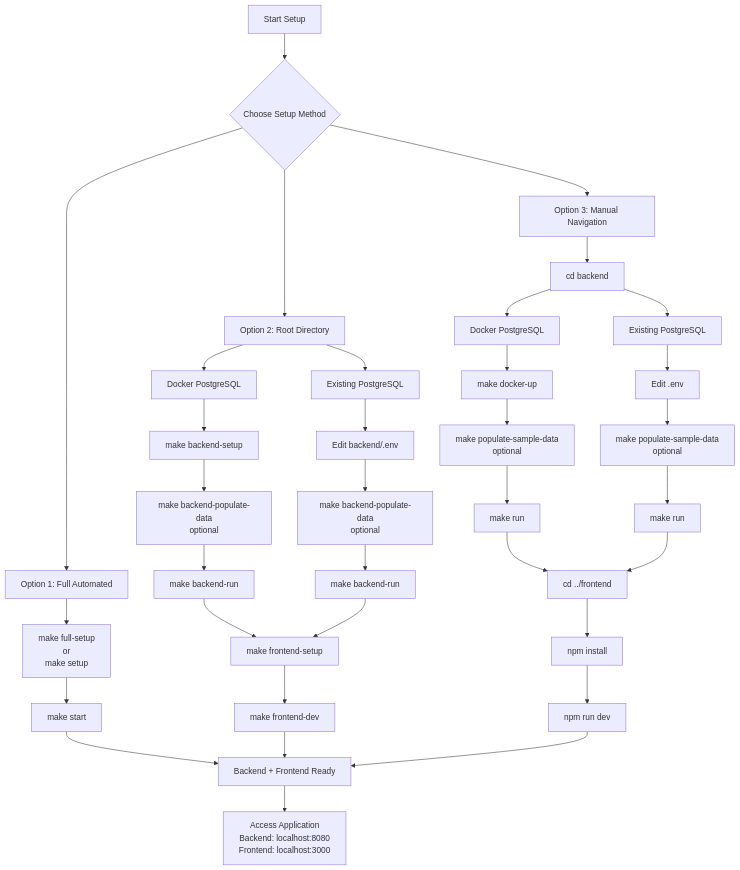
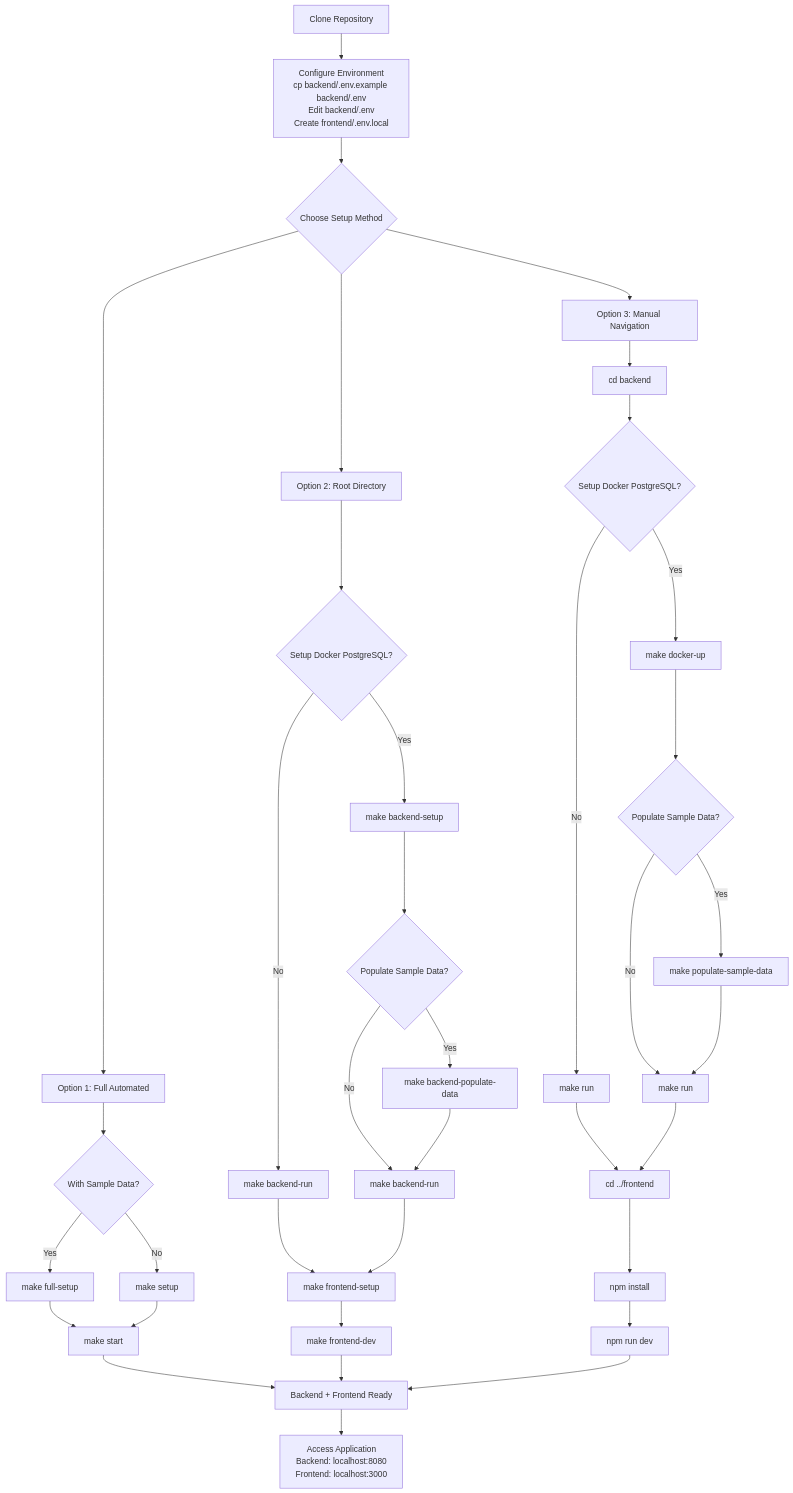
The diagram in README.md (DakshithaS/apim-policy-hub), drawn with Mermaid before and after one commit. The commit also changed other lines of this file, not shown here.

Commit message:
Update README with environment configuration details
Added environment configuration instructions for backend and frontend setup.

````diff
--- a/README.md
+++ b/README.md
@@ -75,48 +91,46 @@
 ```mermaid
 flowchart TD
-    A[Start Setup] --> B{Choose Setup Method}
+    A[Clone Repository] --> B[Configure Environment<br/>cp backend/.env.example backend/.env<br/>Edit backend/.env<br/>Create frontend/.env.local]
+    B --> C{Choose Setup Method}
     
-    B --> C[Option 1: Full Automated]
-    B --> D[Option 2: Root Directory]
-    B --> E[Option 3: Manual Navigation]
+    C --> D[Option 1: Full Automated]
+    C --> E[Option 2: Root Directory]
+    C --> F[Option 3: Manual Navigation]
     
-    C --> F[make full-setup<br/>or<br/>make setup]
-    F --> G[make start]
-    G --> H[Backend + Frontend Ready]
+    D --> G{With Sample Data?}
+    G -->|Yes| H[make full-setup]
+    G -->|No| I[make setup]
+    H --> J[make start]
+    I --> J
+    J --> K[Backend + Frontend Ready]
     
-    D --> I[Docker PostgreSQL]
-    D --> J[Existing PostgreSQL]
+    E --> L{Setup Docker PostgreSQL?}
+    L -->|Yes| M[make backend-setup]
+    L -->|No| N[make backend-run]
+    M --> O{Populate Sample Data?}
+    O -->|Yes| P[make backend-populate-data]
+    O -->|No| Q[make backend-run]
+    P --> Q
     
-    I --> K[make backend-setup]
-    K --> L[make backend-populate-data<br/>optional]
-    L --> M[make backend-run]
+    N --> R[make frontend-setup]
+    Q --> R
+    R --> S[make frontend-dev]
+    S --> K
     
-    J --> N[Edit backend/.env]
-    N --> O[make backend-populate-data<br/>optional]
-    O --> P[make backend-run]
+    F --> T[cd backend]
+    T --> U{Setup Docker PostgreSQL?}
+    U -->|Yes| V[make docker-up]
+    U -->|No| W[make run]
+    V --> X{Populate Sample Data?}
+    X -->|Yes| Y[make populate-sample-data]
+    X -->|No| Z[make run]
+    Y --> Z
     
-    M --> Q[make frontend-setup]
-    P --> Q
-    Q --> R[make frontend-dev]
-    R --> H
+    W --> AA[cd ../frontend]
+    Z --> AA
+    AA --> BB[npm install]
+    BB --> CC[npm run dev]
+    CC --> K
     
-    E --> S[cd backend]
-    S --> T[Docker PostgreSQL]
-    S --> U[Existing PostgreSQL]
-    
-    T --> V[make docker-up]
-    V --> W[make populate-sample-data<br/>optional]
-    W --> X[make run]
-    
-    U --> Y[Edit .env]
-    Y --> Z[make populate-sample-data<br/>optional]
-    Z --> AA[make run]
-    
-    X --> BB[cd ../frontend]
-    AA --> BB
-    BB --> CC[npm install]
-    CC --> DD[npm run dev]
-    DD --> H
-    
-    H --> EE[Access Application<br/>Backend: localhost:8080<br/>Frontend: localhost:3000]
+    K --> DD[Access Application<br/>Backend: localhost:8080<br/>Frontend: localhost:3000]
 ```
````
